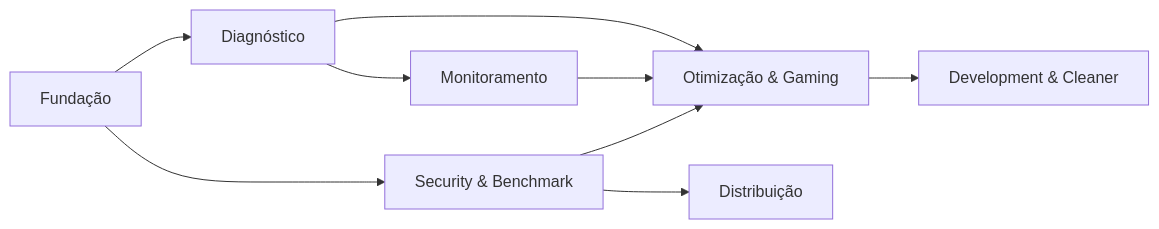
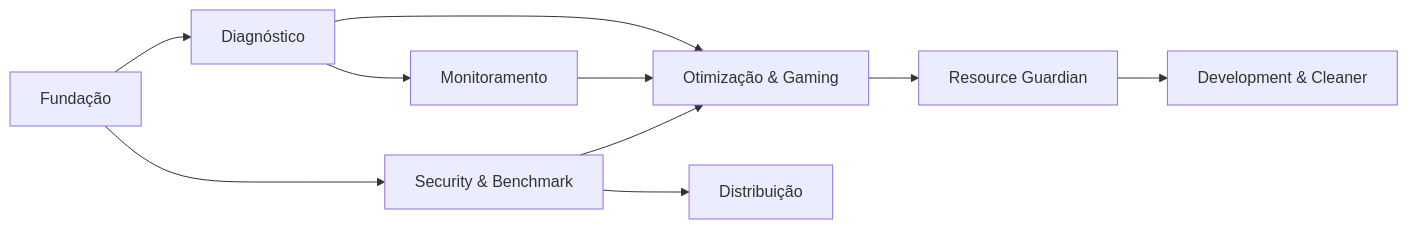
One commit to lucao019/lowmsmode changed the diagram in docs/ROADMAP.md. Above: the diagram before and after it, drawn with Mermaid. The commit also changed other lines of this file and 9 other files, not shown here.

First line of the commit message:
docs(guardian): especifica modulo Resource Guardian & Gaming Pre-Flight

````diff
--- a/docs/ROADMAP.md
+++ b/docs/ROADMAP.md
@@ -112,10 +128,11 @@
 ```mermaid
 graph LR
     F2[Fundação] --> F3[Diagnóstico] --> F4[Monitoramento]
     F2 --> F5[Security & Benchmark]
     F3 --> F6[Otimização & Gaming]
     F4 --> F6
     F5 --> F6
-    F6 --> F7[Development & Cleaner]
+    F6 --> F6B[Resource Guardian]
+    F6B --> F7[Development & Cleaner]
     F5 --> F8[Distribuição]
 ```
````
